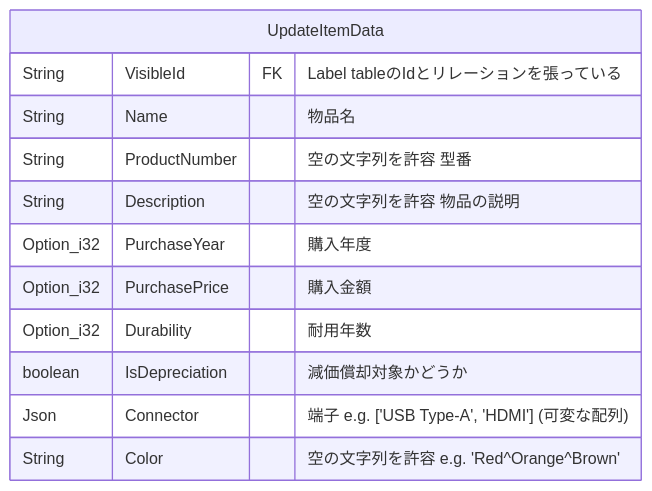
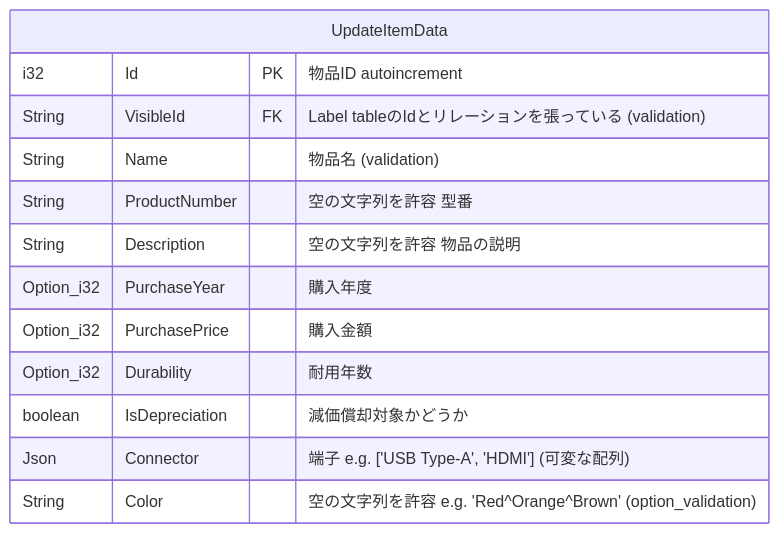
Before and after one commit to sohosai/dashi: the eighth of 15 diagrams in documents/endpoint.md, drawn with Mermaid. The commit also changed other lines of this file, not shown here.

````diff
--- a/documents/endpoint.md
+++ b/documents/endpoint.md
@@ -429,16 +429,17 @@
 ```mermaid
 erDiagram
     UpdateItemData {
-        String VisibleId FK "Label tableのIdとリレーションを張っている"
-        String Name "物品名"
+        i32 Id PK "物品ID autoincrement"
+        String VisibleId FK "Label tableのIdとリレーションを張っている (validation)"
+        String Name "物品名 (validation)"
         String ProductNumber "空の文字列を許容 型番"
         String Description "空の文字列を許容 物品の説明"
         Option_i32 PurchaseYear "購入年度"
         Option_i32 PurchasePrice "購入金額"
         Option_i32 Durability "耐用年数"
         boolean IsDepreciation "減価償却対象かどうか"
         Json Connector "端子 e.g. ['USB Type-A', 'HDMI'] (可変な配列)"
-        String Color "空の文字列を許容 e.g. 'Red^Orange^Brown'"
+        String Color "空の文字列を許容 e.g. 'Red^Orange^Brown' (option_validation)"
     }
 
 ```
````
